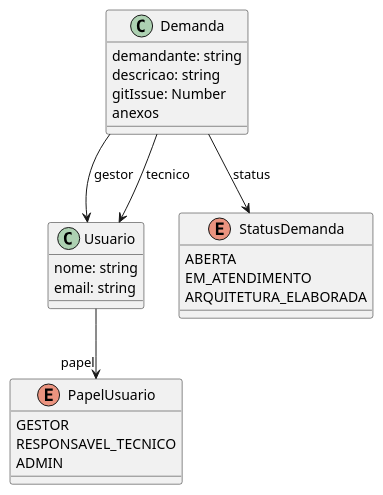
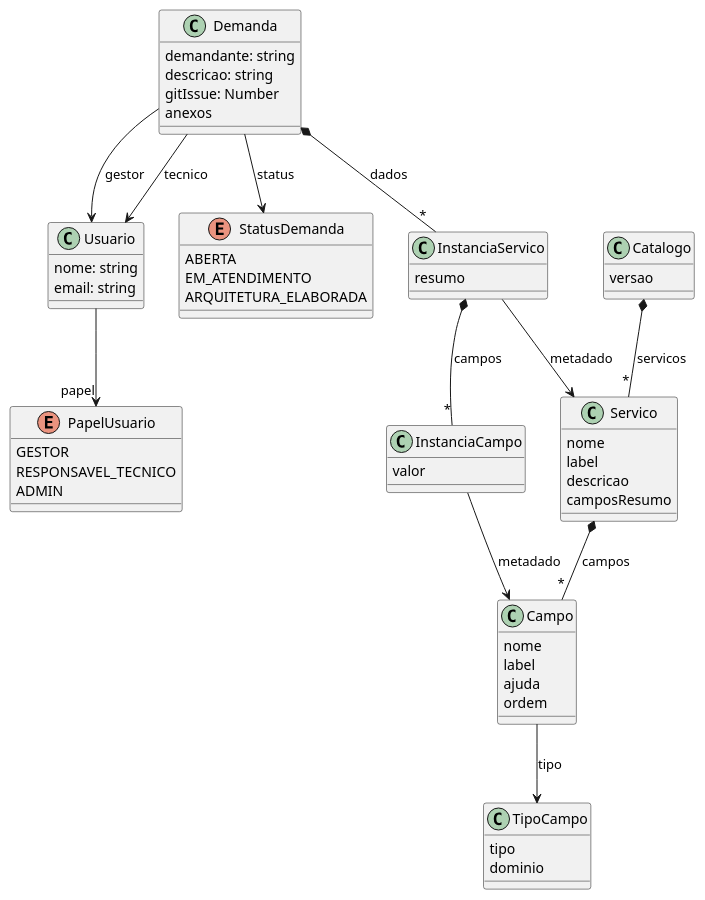
The diagram in demandas-nuvem/app/frontend/app-demandas-nuvem/docs/classes.md (rylphs/projeto-aplicado), drawn with PlantUML before and after one commit. The commit also changed 19 other files, not shown here.

```diff
--- a/demandas-nuvem/app/frontend/app-demandas-nuvem/docs/classes.md
+++ b/demandas-nuvem/app/frontend/app-demandas-nuvem/docs/classes.md
@@ -1,34 +1,73 @@
 @startuml
 
 class Usuario {
   nome: string
   email: string
 }
 
 Usuario --> "papel" PapelUsuario 
 
 enum PapelUsuario {
   GESTOR
   RESPONSAVEL_TECNICO
   ADMIN
 }
 
 enum StatusDemanda {
   ABERTA
   EM_ATENDIMENTO
   ARQUITETURA_ELABORADA
 }
 
 class Demanda{
   demandante: string
   descricao: string
   gitIssue: Number
   anexos
 }
 
 Demanda --> Usuario: gestor
 Demanda --> Usuario: tecnico
 Demanda --> StatusDemanda: status
 
+class Catalogo {
+  versao
+}
+
+class Servico {
+  nome
+  label
+  descricao
+  camposResumo
+}
+
+class TipoCampo {
+  tipo
+  dominio
+}
+
+class Campo {
+  nome
+  label
+  ajuda
+  ordem
+}
+
+class InstanciaServico {
+  resumo
+}
+
+class InstanciaCampo {
+  valor
+}
+
+Catalogo *-- "*" Servico: servicos
+Servico *-- "*" Campo: campos
+Campo --> TipoCampo: tipo
+InstanciaCampo --> Campo: metadado
+InstanciaServico *-- "*" InstanciaCampo: campos
+InstanciaServico --> Servico: metadado
+Demanda *-- "*" InstanciaServico: dados
+
 
 @enduml
```
